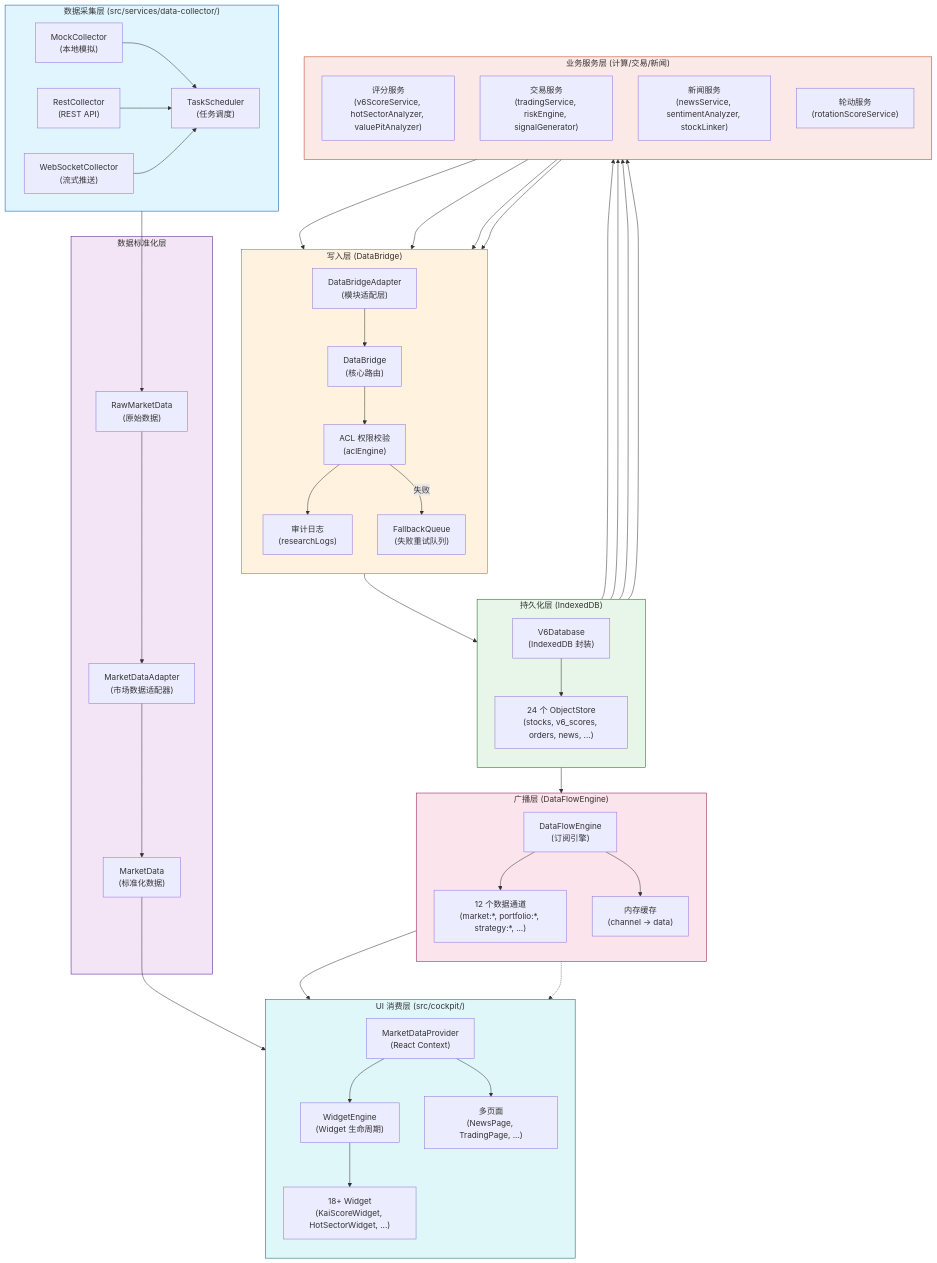
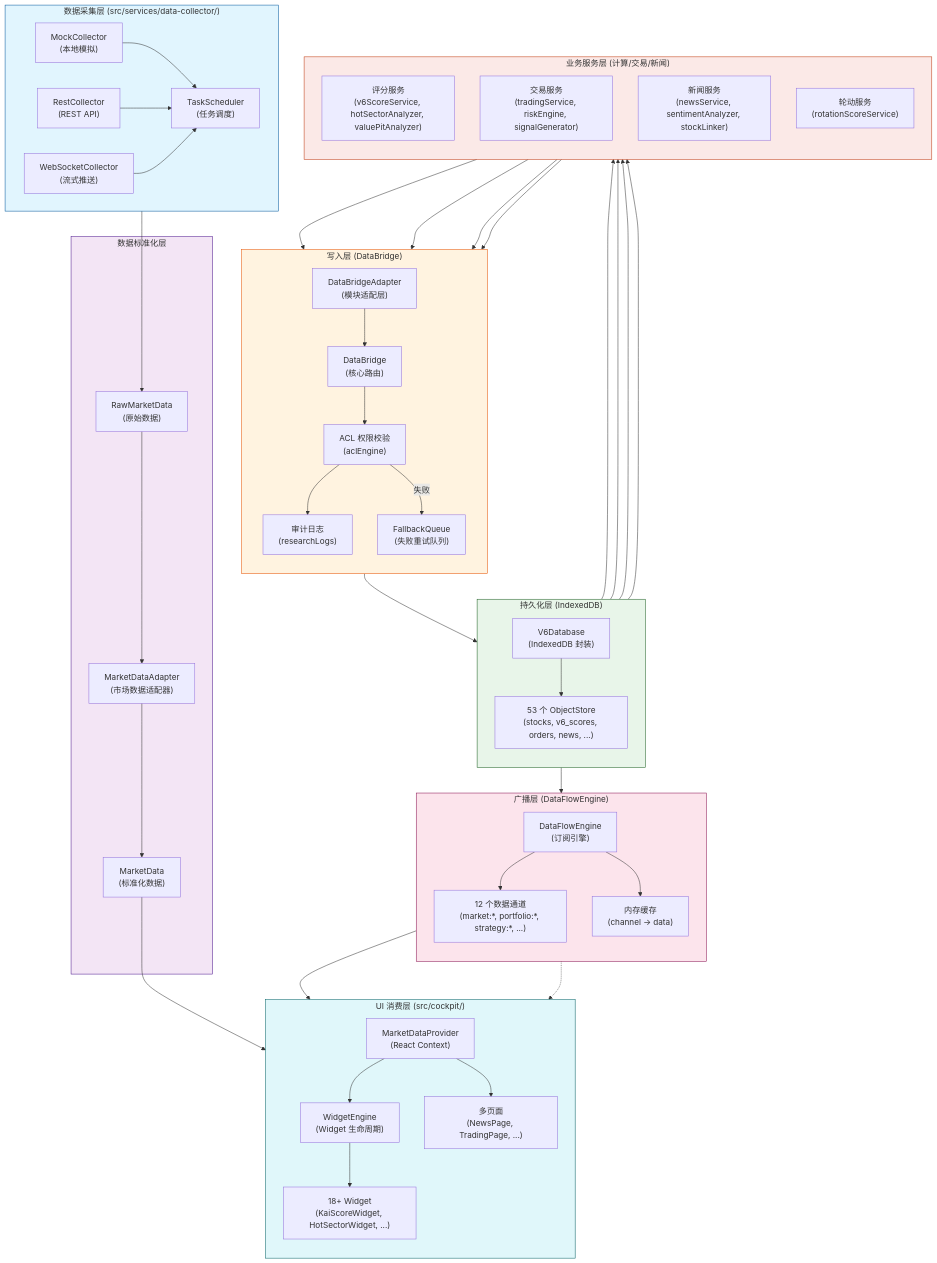
Before and after one commit to DHENGHONGYU/-: the first of 10 diagrams in docs/reference/v9-数据血缘追踪.md, drawn with Mermaid. The commit also changed other lines of this file and 23 other files, not shown here.

```diff
--- a/docs/reference/v9-数据血缘追踪.md
+++ b/docs/reference/v9-数据血缘追踪.md
@@ -75,7 +81,7 @@
     subgraph STORAGE["持久化层 (IndexedDB)"]
         direction TB
         IDB["V6Database<br/>(IndexedDB 封装)"]
-        STORES["24 个 ObjectStore<br/>(stocks, v6_scores, orders, news, ...)"]
+        STORES["53 个 ObjectStore<br/>(stocks, v6_scores, orders, news, ...)"]
         IDB --> STORES
     end
 
```
